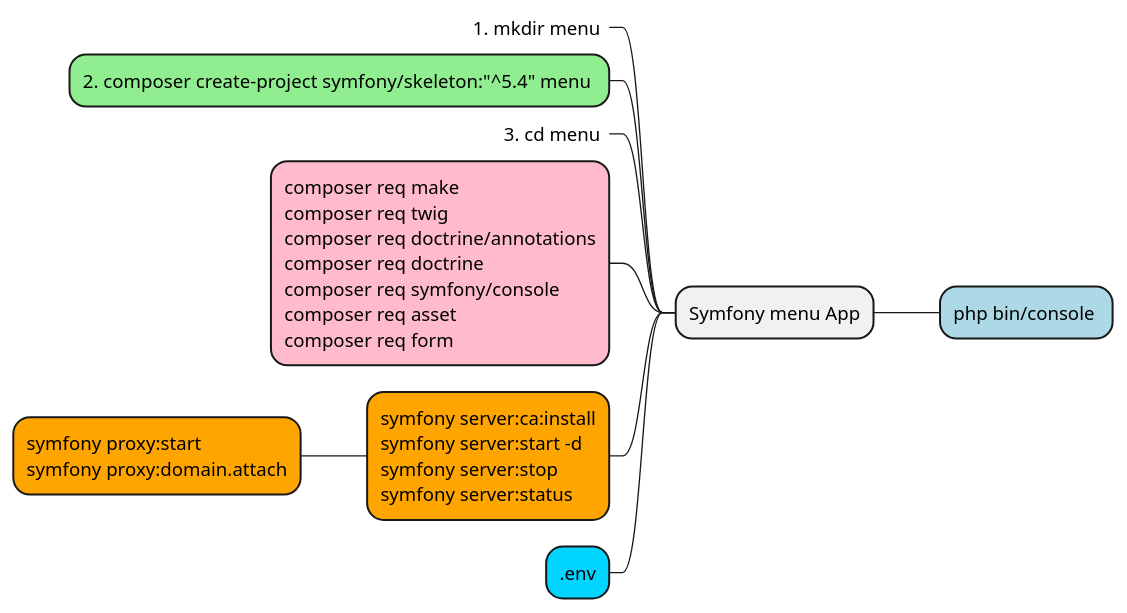
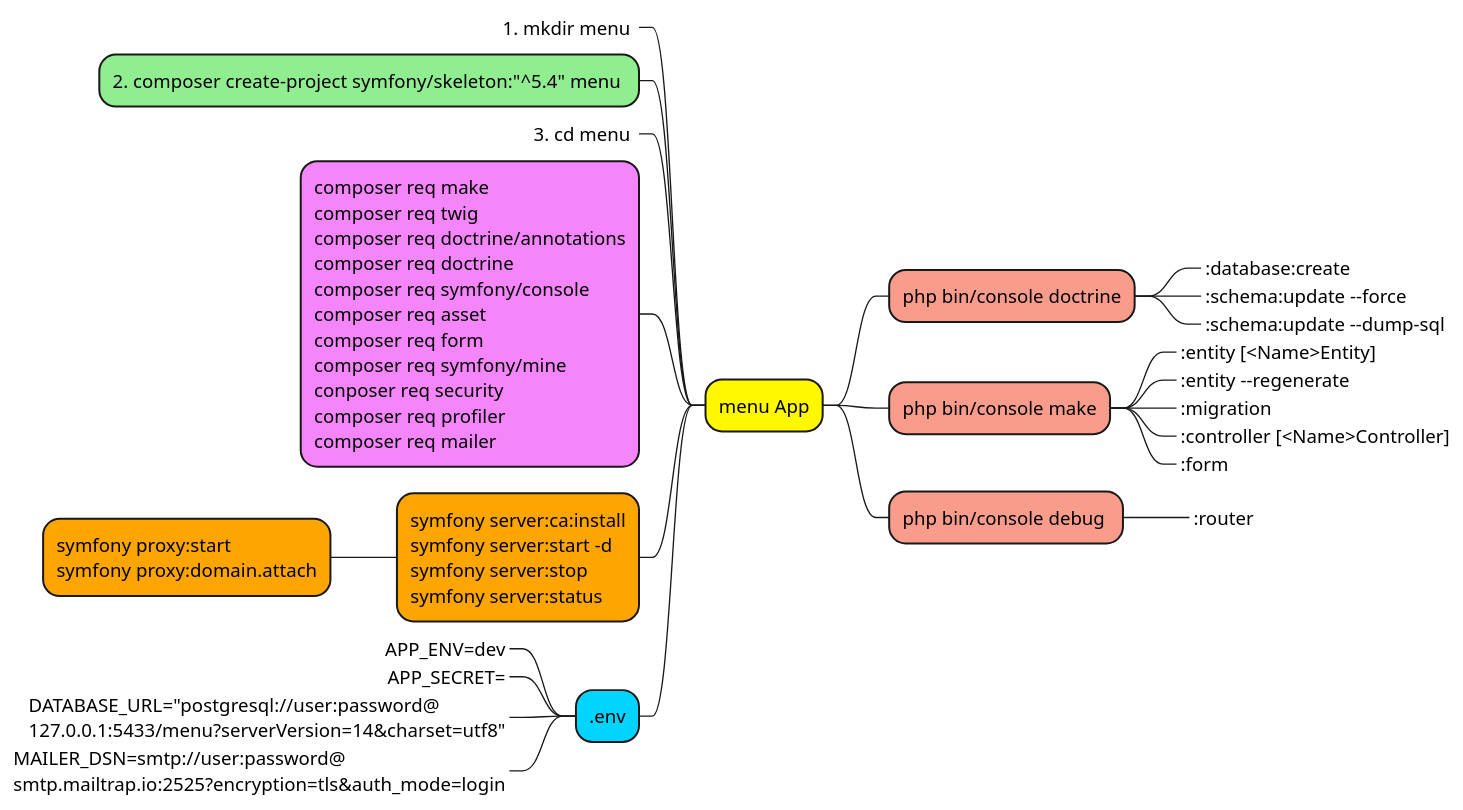
One commit to tonisun/menu changed the diagram in public/doc/MMD.plantuml. Above: the diagram before and after it, drawn with PlantUML.

```diff
--- a/public/doc/MMD.plantuml
+++ b/public/doc/MMD.plantuml
@@ -2,33 +2,56 @@
 @startmindmap
 <style>
 mindmapDiagram {
-  .lila {
-    BackgroundColor #e700ff
+  .grass {
+    BackgroundColor #09d740
   }
   .blau {
     BackgroundColor #00d4ff
   }
   .orange {
     BackgroundColor orange
   }
   .green {
     BackgroundColor lightgreen
   }
   .rose {
-    BackgroundColor #FFBBCC
+    BackgroundColor #f585fa
   }
-  .your_style_name {
-    BackgroundColor lightblue
+  .gelb {
+    BackgroundColor #fff800
   }
+  .bege {
+    BackgroundColor #f99c8c
+  }
+
 }
 </style>
-+ Symfony menu App
++ menu App<<gelb>>
 --_ 1. mkdir menu 
 -- 2. composer create-project symfony/skeleton:"^5.4" menu <<green>> 
 --_ 3. cd menu <<green>>
--- composer req make\ncomposer req twig\ncomposer req doctrine/annotations\ncomposer req doctrine\ncomposer req symfony/console\ncomposer req asset\ncomposer req form<<rose>>
+-- composer req make\ncomposer req twig\ncomposer req doctrine/annotations\ncomposer req doctrine\ncomposer req symfony/console\ncomposer req asset\ncomposer req form\ncomposer req symfony/mine\nconposer req security\ncomposer req profiler\ncomposer req mailer<<rose>>
 -- symfony server:ca:install\nsymfony server:start -d\nsymfony server:stop\nsymfony server:status<<orange>>
 --- symfony proxy:start\nsymfony proxy:domain.attach<<orange>>
 -- .env<<blau>>
-++ php bin/console <<your_style_name>>
+---_ APP_ENV=dev
+---_ APP_SECRET=
+---_ DATABASE_URL="postgresql://user:password@\n127.0.0.1:5433/menu?serverVersion=14&charset=utf8"
+---_ MAILER_DSN=smtp://user:password@\nsmtp.mailtrap.io:2525?encryption=tls&auth_mode=login
+
+++ php bin/console doctrine<<bege>>
++++_ :database:create
++++_ :schema:update --force
++++_ :schema:update --dump-sql
+
+++ php bin/console make<<bege>>
++++_ :entity [<Name>Entity]
++++_ :entity --regenerate
++++_ :migration
++++_ :controller [<Name>Controller]
++++_ :form
+
+++ php bin/console debug <<bege>>
++++_ :router
+
 @endmindmap
```
